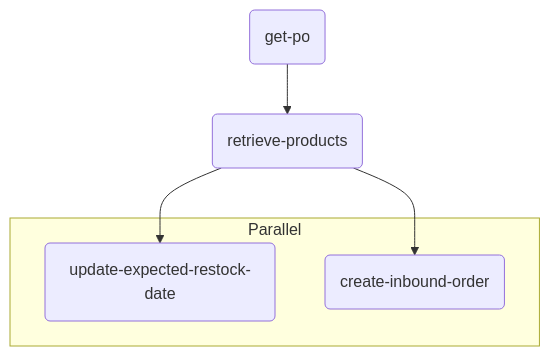
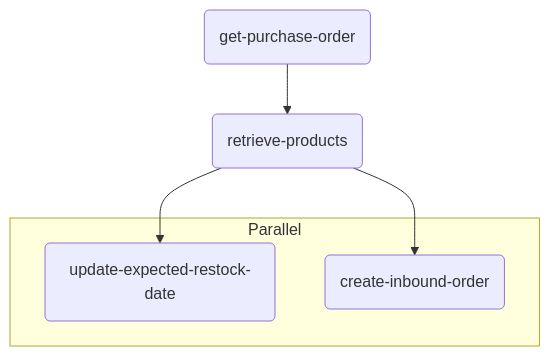
One commit to medusajs/workflow-examples changed the diagram in erp-to-wms/README.md. Above: the diagram before and after it, drawn with Mermaid. The commit also changed 1 other file, not shown here.

Commit message:
change step name

````diff
--- a/erp-to-wms/README.md
+++ b/erp-to-wms/README.md
@@ -31,19 +31,19 @@
 ```mermaid
 	flowchart TB
-		getpo(get-po)
+		getpurchaseorder(get-purchase-order)
 		
 		retrieveproducts(retrieve-products)
 		
 		subgraph parallel2uaj [Parallel]
 		
 		updateexpectedrestockdate(update-expected-restock-date)
 		createinboundorder(create-inbound-order)
 		end
 		
 
-		getpo --> retrieveproducts
+		getpurchaseorder --> retrieveproducts
 		
 		retrieveproducts --> updateexpectedrestockdate
 		
 		retrieveproducts --> createinboundorder
 ```
````
